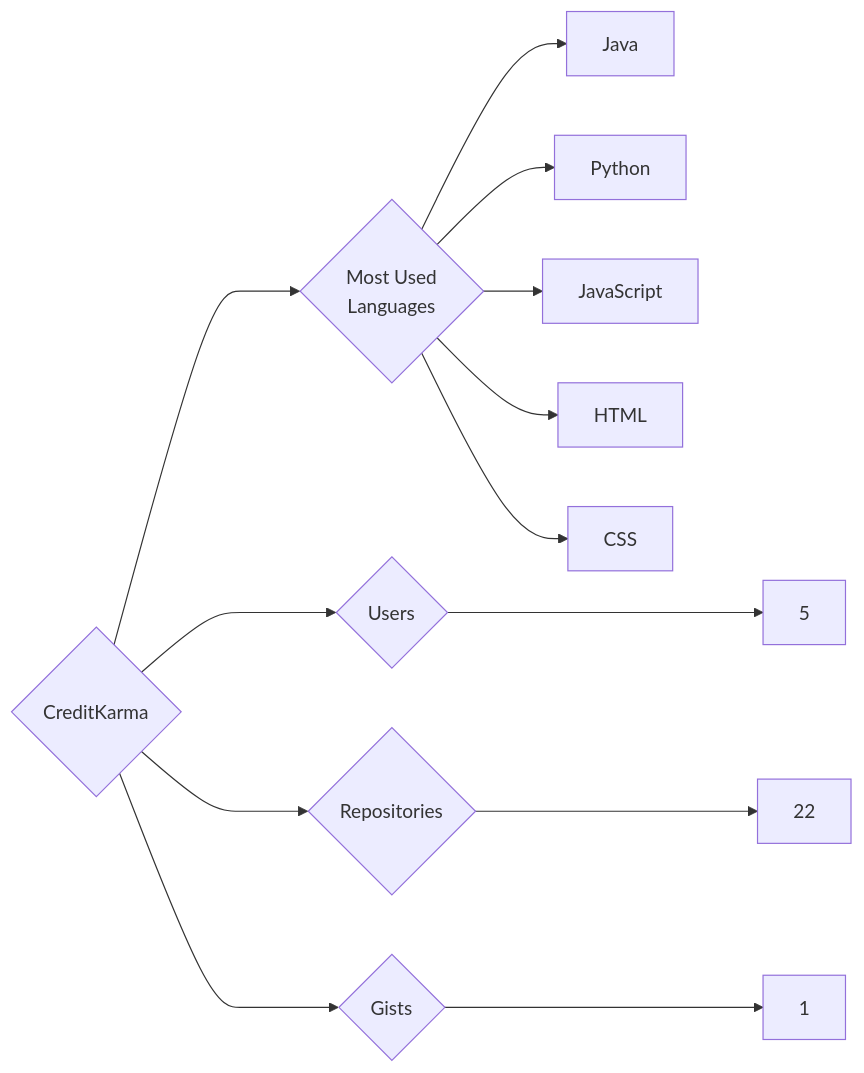
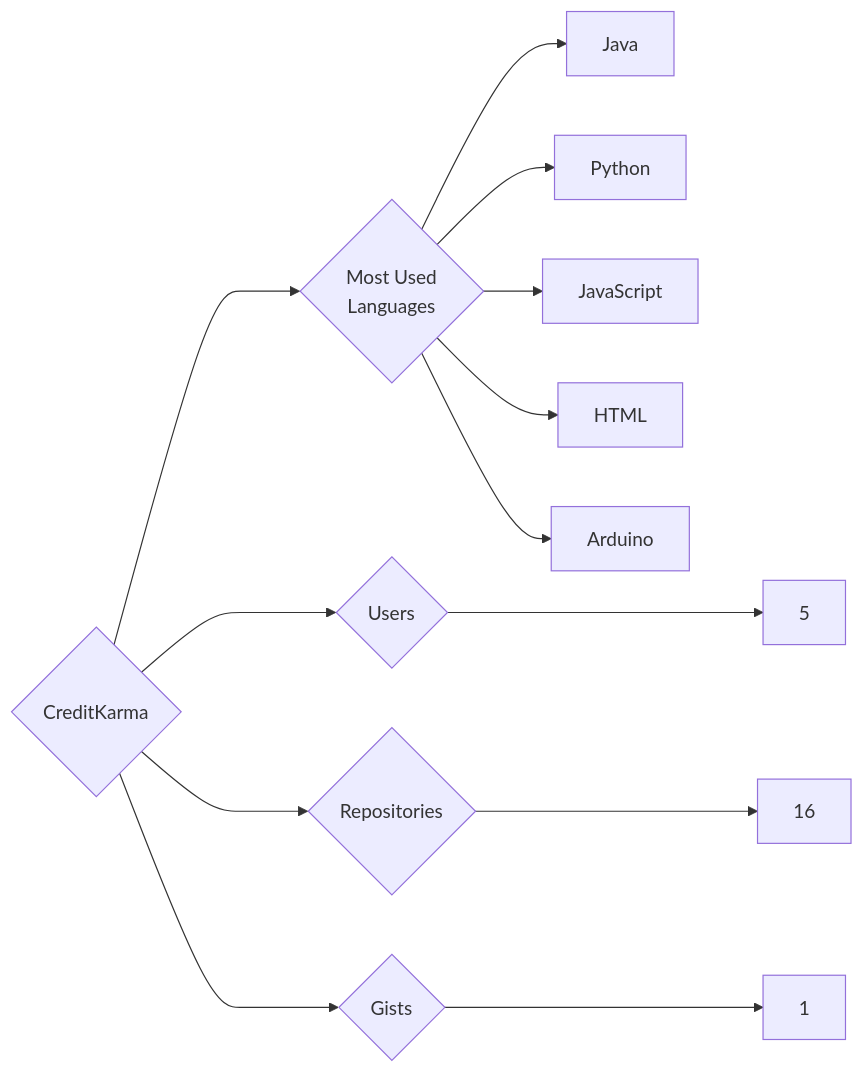
One commit to trickest/insiders changed the diagram in targets/CreditKarma/README.md. Above: the diagram before and after it, drawn with Mermaid. The commit also changed 988 other files, not shown here.

````diff
--- a/targets/CreditKarma/README.md
+++ b/targets/CreditKarma/README.md
@@ -3,13 +3,13 @@
 ```mermaid
 graph LR
 COMPANY_NAME{CreditKarma}
 COMPANY_NAME ---> U{Users} ---> UN[5]
-COMPANY_NAME ---> R{Repositories} ---> RN[22]
+COMPANY_NAME ---> R{Repositories} ---> RN[16]
 COMPANY_NAME ---> G{Gists} ---> GN[1]
 COMPANY_NAME ---> ML{Most Used<br>Languages}
 ML --> Java[Java]
 ML --> Python[Python]
 ML --> JavaScript[JavaScript]
 ML --> HTML[HTML]
-ML --> CSS[CSS]
+ML --> Arduino[Arduino]
 ```
````
